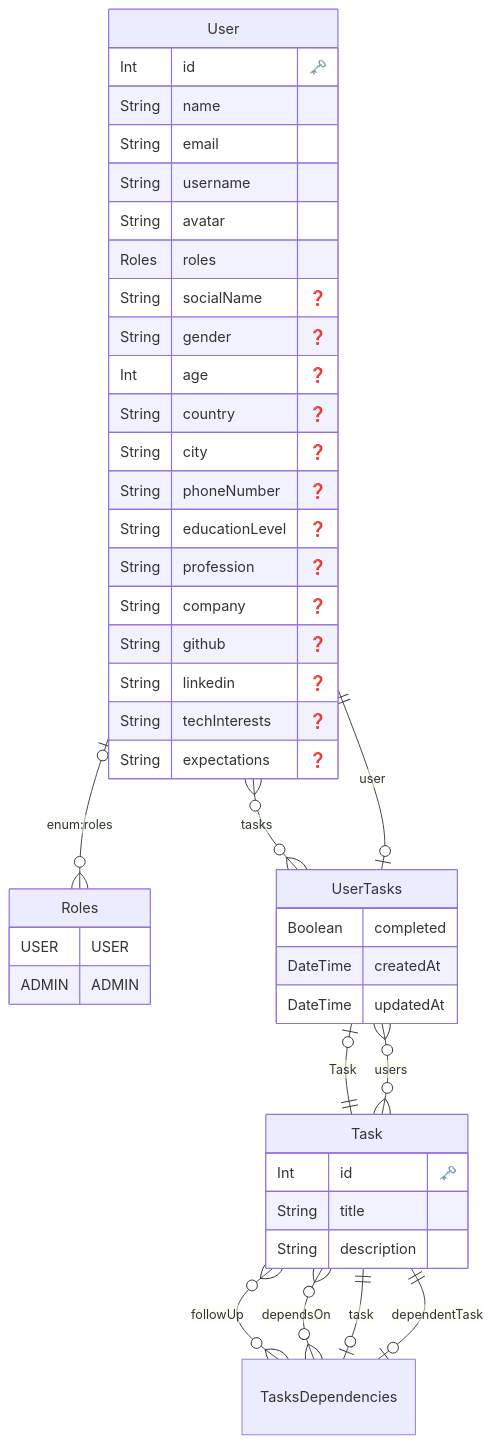
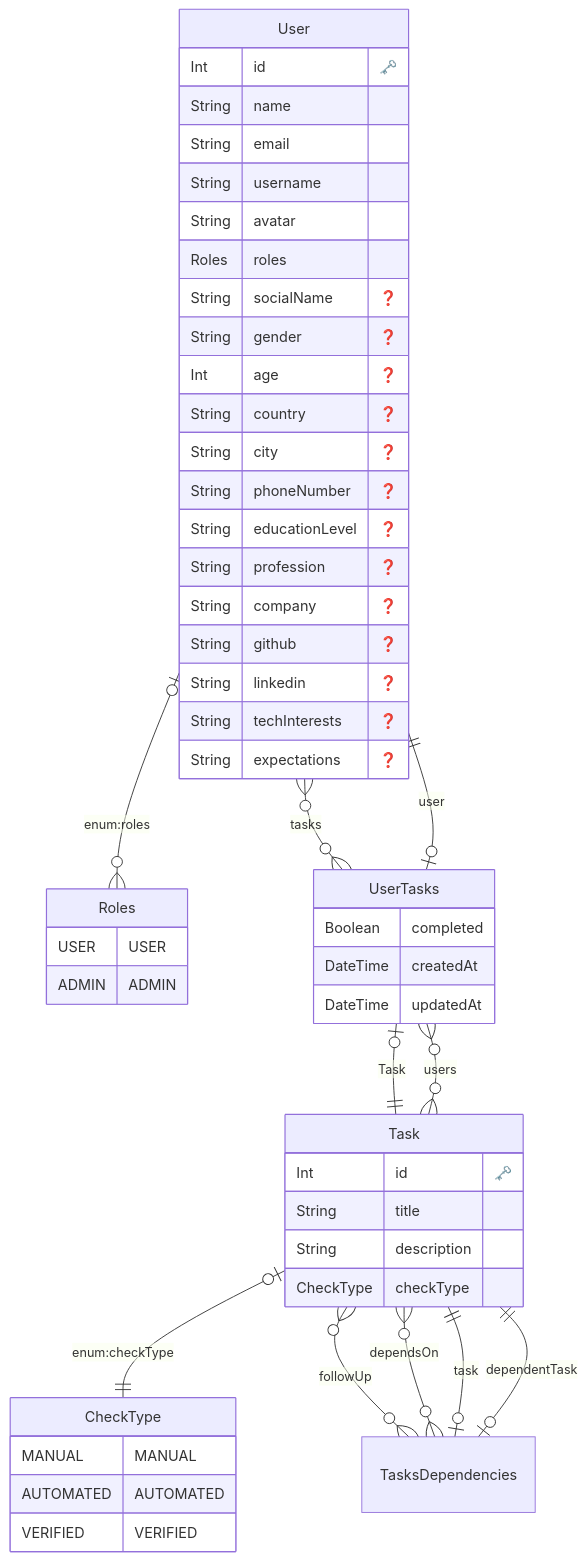
The diagram in prisma/erd.md (podcodar/app), drawn with Mermaid before and after one commit. The commit also changed 2 other files, not shown here.

Commit message:
fea: add checkType to prima schema and migrate

````diff
--- a/prisma/erd.md
+++ b/prisma/erd.md
@@ -1,59 +1,69 @@
 ```mermaid
 erDiagram
 
         Roles {
             USER USER
 ADMIN ADMIN
+        }
+    
+
+
+        CheckType {
+            MANUAL MANUAL
+AUTOMATED AUTOMATED
+VERIFIED VERIFIED
         }
     
   "User" {
     Int id "🗝️"
     String name 
     String email 
     String username 
     String avatar 
     Roles roles 
     String socialName "❓"
     String gender "❓"
     Int age "❓"
     String country "❓"
     String city "❓"
     String phoneNumber "❓"
     String educationLevel "❓"
     String profession "❓"
     String company "❓"
     String github "❓"
     String linkedin "❓"
     String techInterests "❓"
     String expectations "❓"
     }
   
 
   "Task" {
     Int id "🗝️"
     String title 
     String description 
+    CheckType checkType 
     }
   
 
   "UserTasks" {
     Boolean completed 
     DateTime createdAt 
     DateTime updatedAt 
     }
   
 
   "TasksDependencies" {
 
     }
   
     "User" o|--}o "Roles" : "enum:roles"
     "User" o{--}o "UserTasks" : "tasks"
     "Task" o{--}o "UserTasks" : "users"
+    "Task" o|--|| "CheckType" : "enum:checkType"
     "Task" o{--}o "TasksDependencies" : "followUp"
     "Task" o{--}o "TasksDependencies" : "dependsOn"
     "UserTasks" o|--|| "User" : "user"
     "UserTasks" o|--|| "Task" : "Task"
     "TasksDependencies" o|--|| "Task" : "task"
     "TasksDependencies" o|--|| "Task" : "dependentTask"
 ```
````
